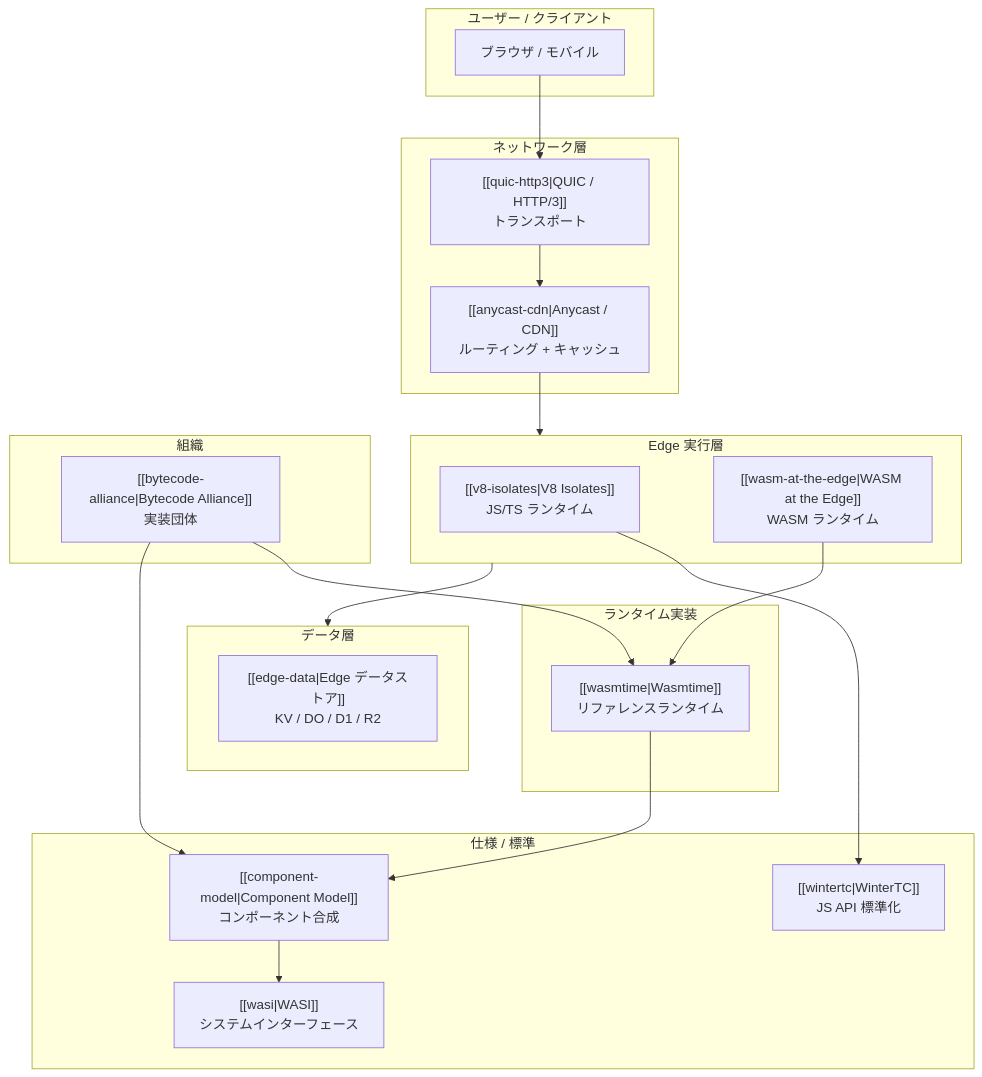
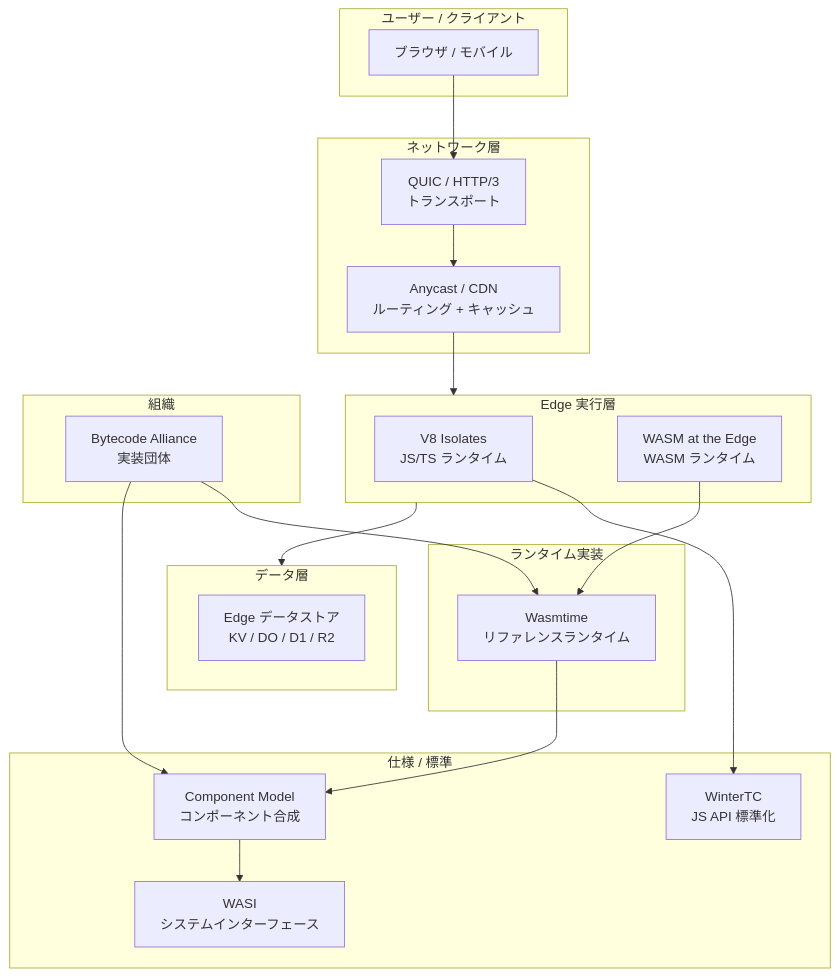
One commit to O6lvl4/O6lvl4-knowledge changed the first of 8 diagrams in vault/edge-wasm-landscape.md. Above: the diagram before and after it, drawn with Mermaid. The commit also changed other lines of this file, not shown here.

Commit message:
Remove wikilinks from Mermaid blocks for proper rendering

````diff
--- a/vault/edge-wasm-landscape.md
+++ b/vault/edge-wasm-landscape.md
@@ -16,41 +16,41 @@
 ```mermaid
 graph TB
     subgraph User["ユーザー / クライアント"]
         Browser["ブラウザ / モバイル"]
     end
 
     subgraph Network["ネットワーク層"]
-        QUIC["[[quic-http3|QUIC / HTTP/3]]<br/>トランスポート"]
-        Anycast["[[anycast-cdn|Anycast / CDN]]<br/>ルーティング + キャッシュ"]
+        QUIC["QUIC / HTTP/3<br/>トランスポート"]
+        Anycast["Anycast / CDN<br/>ルーティング + キャッシュ"]
     end
 
     subgraph Edge["Edge 実行層"]
-        V8["[[v8-isolates|V8 Isolates]]<br/>JS/TS ランタイム"]
-        WasmEdge["[[wasm-at-the-edge|WASM at the Edge]]<br/>WASM ランタイム"]
+        V8["V8 Isolates<br/>JS/TS ランタイム"]
+        WasmE["WASM at the Edge<br/>WASM ランタイム"]
     end
 
-    subgraph Runtime["ランタイム実装"]
-        Wasmtime["[[wasmtime|Wasmtime]]<br/>リファレンスランタイム"]
+    subgraph Impl["ランタイム実装"]
+        WT["Wasmtime<br/>リファレンスランタイム"]
     end
 
     subgraph Spec["仕様 / 標準"]
-        CM["[[component-model|Component Model]]<br/>コンポーネント合成"]
-        WASI["[[wasi|WASI]]<br/>システムインターフェース"]
-        WinterTC["[[wintertc|WinterTC]]<br/>JS API 標準化"]
+        CM["Component Model<br/>コンポーネント合成"]
+        WS["WASI<br/>システムインターフェース"]
+        WTC["WinterTC<br/>JS API 標準化"]
     end
 
     subgraph Data["データ層"]
-        EdgeData["[[edge-data|Edge データストア]]<br/>KV / DO / D1 / R2"]
+        ED["Edge データストア<br/>KV / DO / D1 / R2"]
     end
 
     subgraph Org["組織"]
-        BA["[[bytecode-alliance|Bytecode Alliance]]<br/>実装団体"]
+        BA["Bytecode Alliance<br/>実装団体"]
     end
 
     Browser --> QUIC --> Anycast --> Edge
-    V8 --> WinterTC
-    WasmEdge --> Wasmtime --> CM --> WASI
-    BA --> Wasmtime
+    V8 --> WTC
+    WasmE --> WT --> CM --> WS
+    BA --> WT
     BA --> CM
     Edge --> Data
 ```
````
